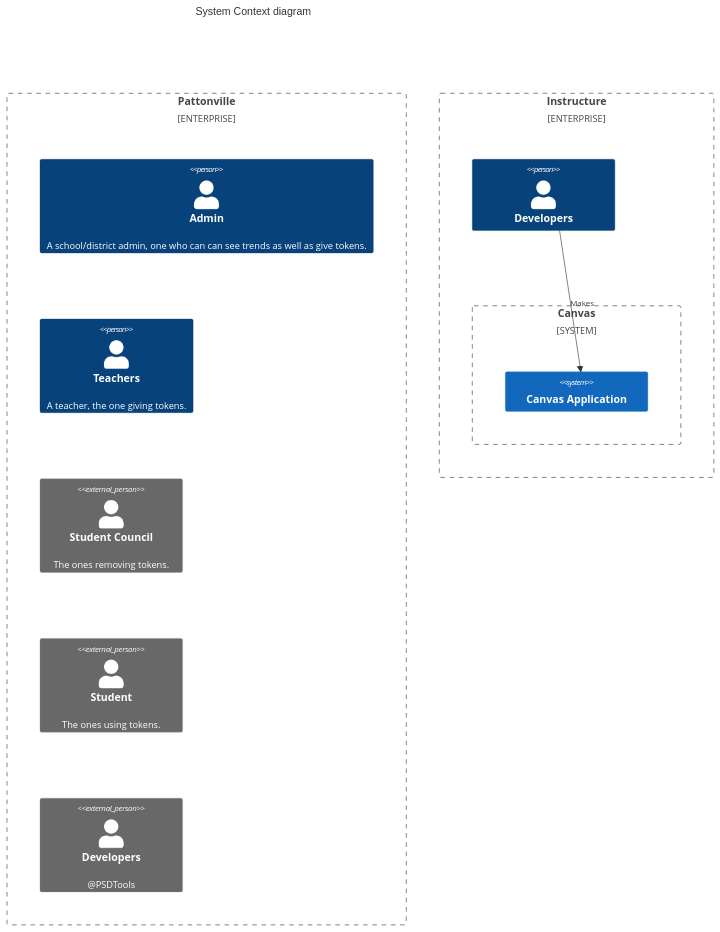
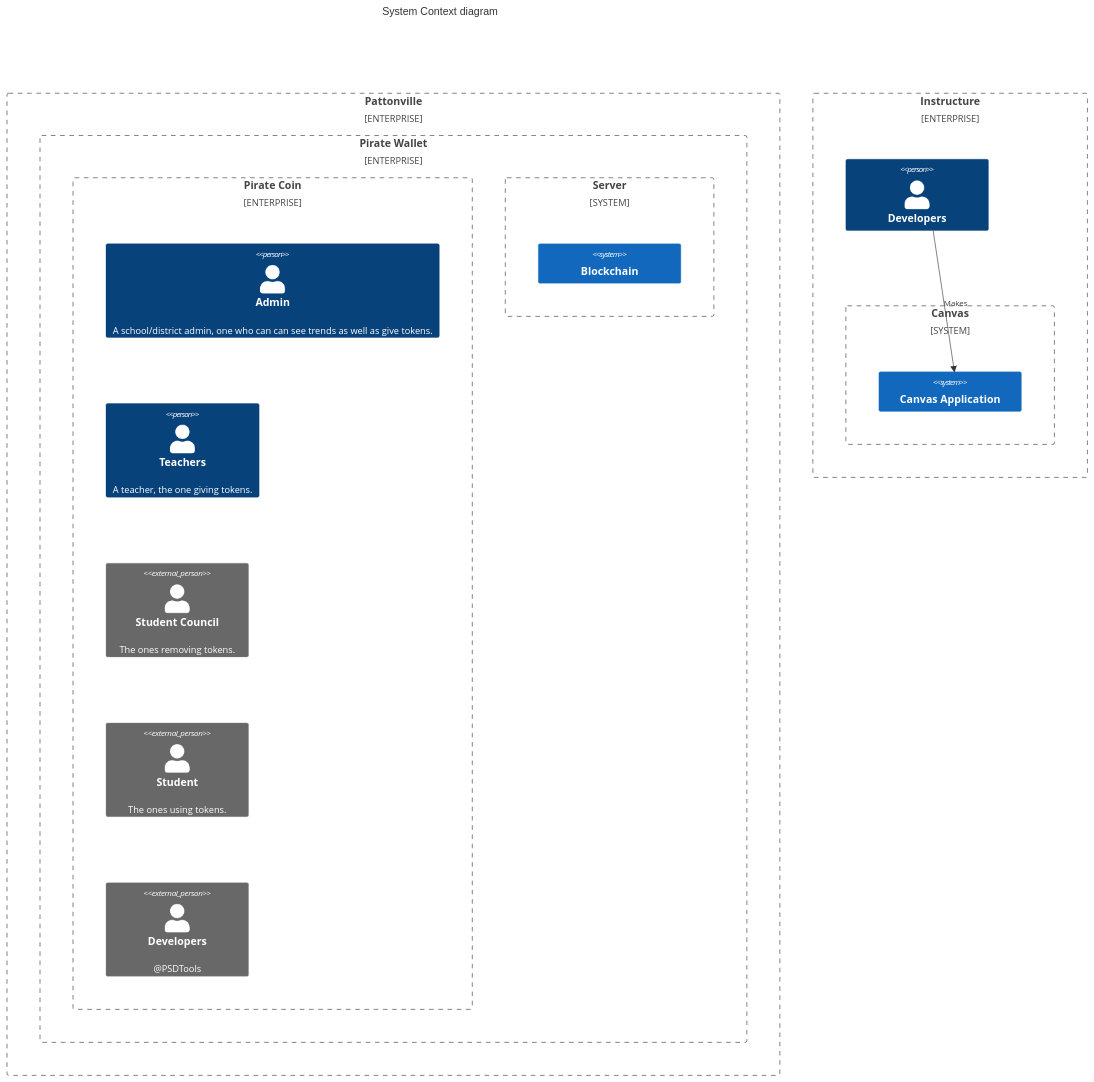
One commit to PSDTools/app changed the diagram in README.md. Above: the diagram before and after it, drawn with Mermaid.

Commit message:
Did C4 thingys

````diff
--- a/README.md
+++ b/README.md
@@ -175,58 +175,63 @@
 ```mermaid
 C4Context
   title System Context diagram
 
   Enterprise_Boundary(b0, "Pattonville") {
-    Person(customerA, "Admin", "A school/district admin, one who can can see trends as well as give tokens.")
-    Person(customerB, "Teachers", "A teacher, the one giving tokens.")
-    Person_Ext(customerC, "Student Council", "The ones removing tokens.")
-    Person_Ext(customerD, "Student", "The ones using tokens.")
-    Person_Ext(customerE, "Developers", "@PSDTools")
-
-
+    Enterprise_Boundary(b6, "Pirate Wallet") {
+      Enterprise_Boundary(b3, "Pirate Coin") {
+        Person(customerA, "Admin", "A school/district admin, one who can can see trends as well as give tokens.")
+        Person(customerB, "Teachers", "A teacher, the one giving tokens.")
+        Person_Ext(customerC, "Student Council", "The ones removing tokens.")
+        Person_Ext(customerD, "Student", "The ones using tokens.")
+        Person_Ext(customerE, "Developers", "@PSDTools")
+      }
+      System_Boundary(b2, "Server") {
+        System(SystemF, "Blockchain")
+      }
+    }
     %% System(SystemAA, "Internet Banking System", "Allows customers to view information about their bank accounts, and make payments.")
 
     %% Enterprise_Boundary(b1, "BankBoundary") {
 
       %% SystemDb_Ext(SystemE, "Mainframe Banking System", "Stores all of the core banking information about customers, accounts, transactions, etc.")
 
       %% System_Boundary(b2, "BankBoundary2") {
         %% System(SystemA, "Banking System A")
         %% System(SystemB, "Banking System B", "A system of the bank, with personal bank accounts. next line.")
       %% }
 
       %% System_Ext(SystemC, "E-mail system", "The internal Microsoft Exchange e-mail system.")
       %% SystemDb(SystemD, "Banking System D Database", "A system of the bank, with personal bank accounts.")
 
       %% Boundary(b3, "BankBoundary3", "boundary") {
         %% SystemQueue(SystemF, "Banking System F Queue", "A system of the bank.")
         %% SystemQueue_Ext(SystemG, "Banking System G Queue", "A system of the bank, with personal bank accounts.")
       %% }
     %% }
 
   }
 
 
   Enterprise_Boundary(b4, "Instructure") {
     Person(Instructure, "Developers")
 
     System_Boundary(b5, "Canvas") {
       System(CanvasApp, "Canvas Application")
     }
   }
 
 
   %% BiRel(customerA, SystemAA, "Uses")
   Rel(Instructure, CanvasApp, "Makes")
   %% BiRel(SystemAA, SystemE, "Uses")
   %% Rel(SystemAA, SystemC, "Sends e-mails", "SMTP")
   %% Rel(SystemC, customerA, "Sends e-mails to")
 
   %% UpdateElementStyle(customerA, $fontColor="red", $bgColor="grey", $borderColor="red")
   %% UpdateRelStyle(customerA, SystemAA, $textColor="blue", $lineColor="blue", $offsetX="5")
   %% UpdateRelStyle(SystemAA, SystemE, $textColor="blue", $lineColor="blue", $offsetY="-10")
   %% UpdateRelStyle(SystemAA, SystemC, $textColor="blue", $lineColor="blue", $offsetY="-40", $offsetX="-50")
   %% UpdateRelStyle(SystemC, customerA, $textColor="red", $lineColor="red", $offsetX="-50", $offsetY="20")
 
   %% UpdateLayoutConfig($c4ShapeInRow="3", $c4BoundaryInRow="1")
 ```
````
